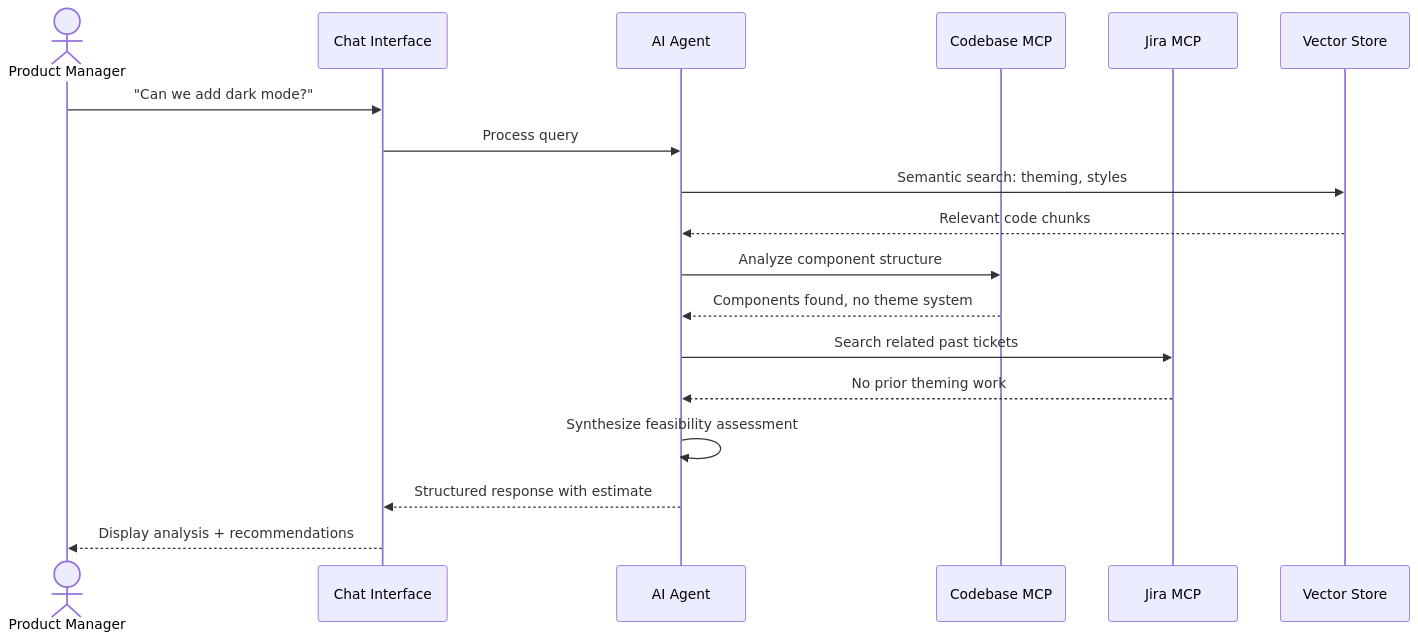
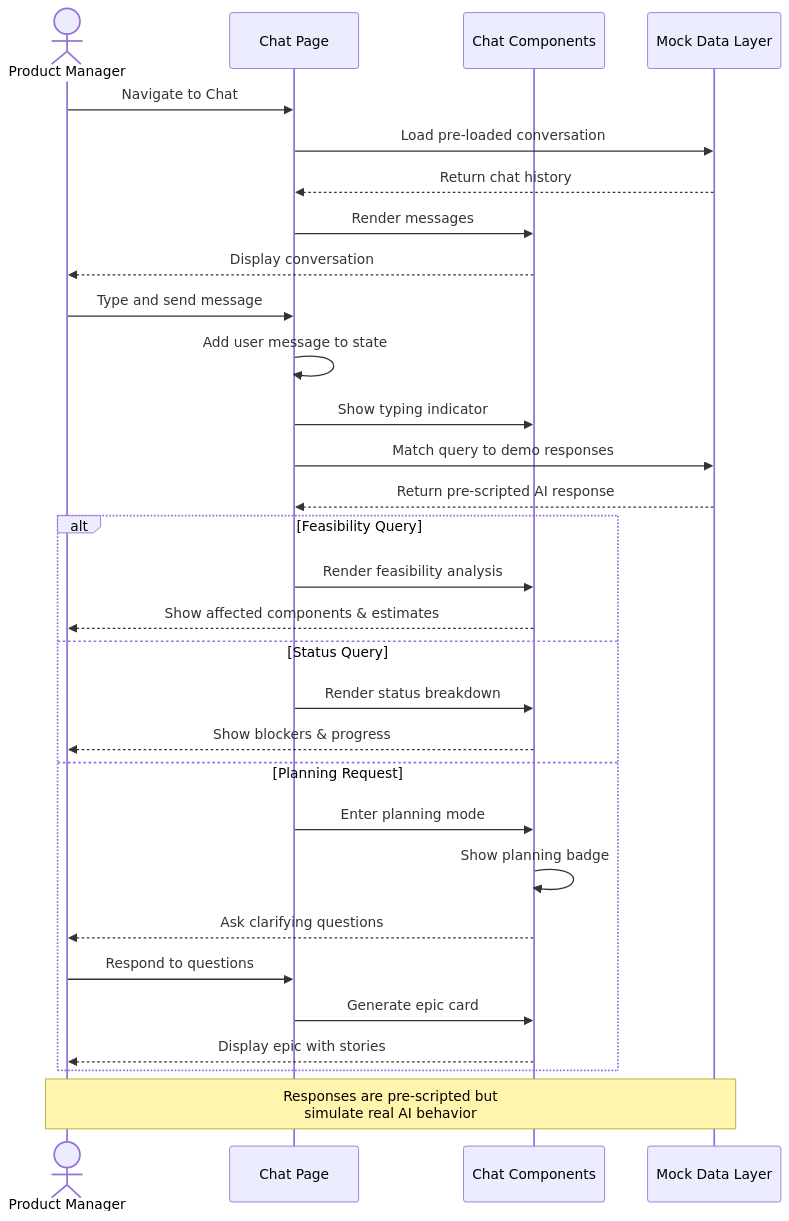
The fourth of 7 diagrams in writeup.md (sanchit-quinnox/AI4PMs), drawn with Mermaid before and after one commit. The commit also changed other lines of this file, not shown here.

First line of the commit message:
docs: update writeup to reflect current demo implementation

````diff
--- a/writeup.md
+++ b/writeup.md
@@ -554,25 +587,38 @@
 ```mermaid
 sequenceDiagram
     actor PM as Product Manager
-    participant Chat as Chat Interface
-    participant Agent as AI Agent
-    participant Code as Codebase MCP
-    participant Jira as Jira MCP
-    participant Vector as Vector Store
+    participant UI as Chat Page
+    participant Components as Chat Components
+    participant Data as Mock Data Layer
 
-    PM->>Chat: "Can we add dark mode?"
-    Chat->>Agent: Process query
+    PM->>UI: Navigate to Chat
+    UI->>Data: Load pre-loaded conversation
+    Data-->>UI: Return chat history
     
-    Agent->>Vector: Semantic search: theming, styles
-    Vector-->>Agent: Relevant code chunks
+    UI->>Components: Render messages
+    Components-->>PM: Display conversation
     
-    Agent->>Code: Analyze component structure
-    Code-->>Agent: Components found, no theme system
+    PM->>UI: Type and send message
+    UI->>UI: Add user message to state
+    UI->>Components: Show typing indicator
     
-    Agent->>Jira: Search related past tickets
-    Jira-->>Agent: No prior theming work
+    UI->>Data: Match query to demo responses
+    Data-->>UI: Return pre-scripted AI response
     
-    Agent->>Agent: Synthesize feasibility assessment
-    Agent-->>Chat: Structured response with estimate
-    Chat-->>PM: Display analysis + recommendations
+    alt Feasibility Query
+        UI->>Components: Render feasibility analysis
+        Components-->>PM: Show affected components & estimates
+    else Status Query
+        UI->>Components: Render status breakdown
+        Components-->>PM: Show blockers & progress
+    else Planning Request
+        UI->>Components: Enter planning mode
+        Components->>Components: Show planning badge
+        Components-->>PM: Ask clarifying questions
+        PM->>UI: Respond to questions
+        UI->>Components: Generate epic card
+        Components-->>PM: Display epic with stories
+    end
+    
+    Note over PM,Data: Responses are pre-scripted but<br/>simulate real AI behavior
 ```
````
